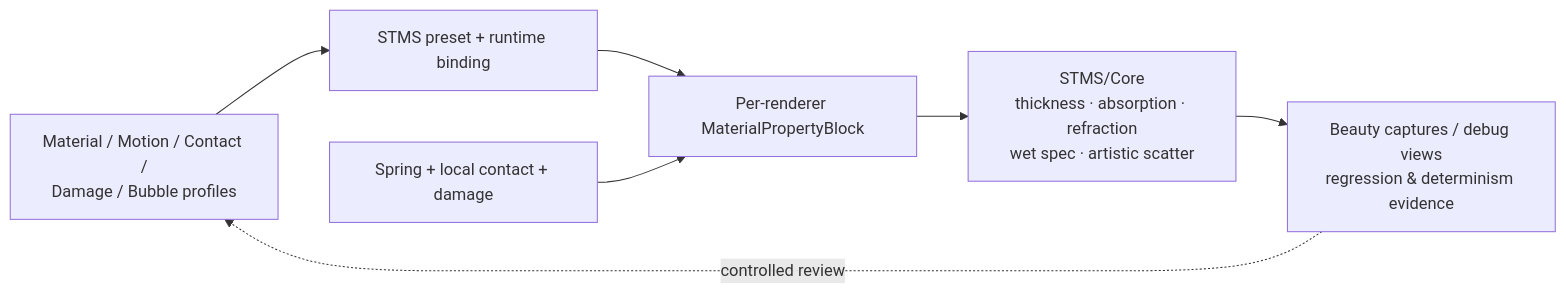
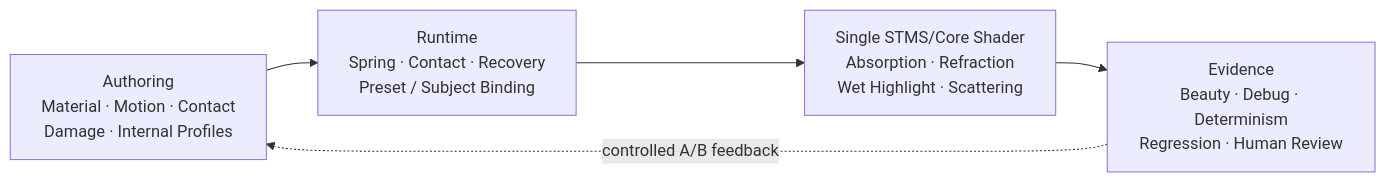
The diagram in README.md (lilith-techart/SoftMatter-STMS), drawn with Mermaid before and after one commit. The commit also changed other lines of this file and 13 other files, not shown here.

````diff
--- a/README.md
+++ b/README.md
@@ -100,9 +105,9 @@
 ```mermaid
 flowchart LR
-  A["Material / Motion / Contact /<br/>Damage / Bubble profiles"] --> P["STMS preset + runtime binding"]
-  P --> MPB["Per-renderer MaterialPropertyBlock"]
-  MPB --> SH["STMS/Core<br/>thickness · absorption · refraction<br/>wet spec · artistic scatter"]
-  R["Spring + local contact + damage"] --> MPB
-  SH --> E["Beauty captures / debug views<br/>regression & determinism evidence"]
-  E -.->|controlled review| A
+    P["Authoring<br/>Material · Motion · Contact<br/>Damage · Internal Profiles"]
+    R["Runtime<br/>Spring · Contact · Recovery<br/>Preset / Subject Binding"]
+    S["Single STMS/Core Shader<br/>Absorption · Refraction<br/>Wet Highlight · Scattering"]
+    E["Evidence<br/>Beauty · Debug · Determinism<br/>Regression · Human Review"]
+    P --> R --> S --> E
+    E -. "controlled A/B feedback" .-> P
 ```
````
